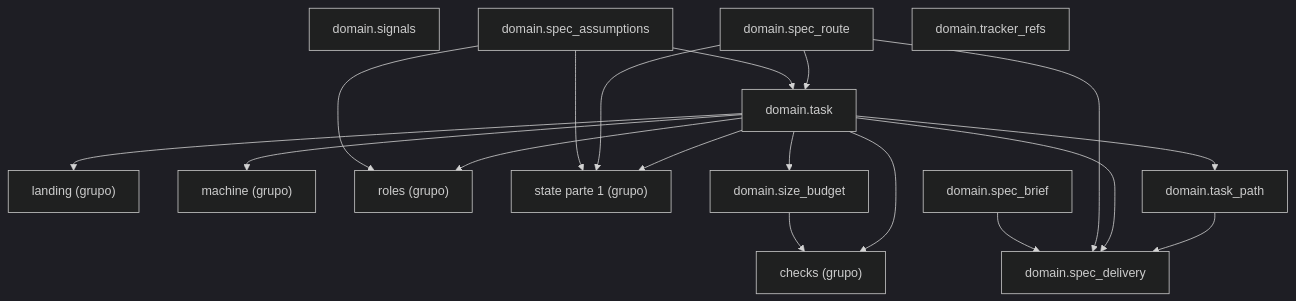
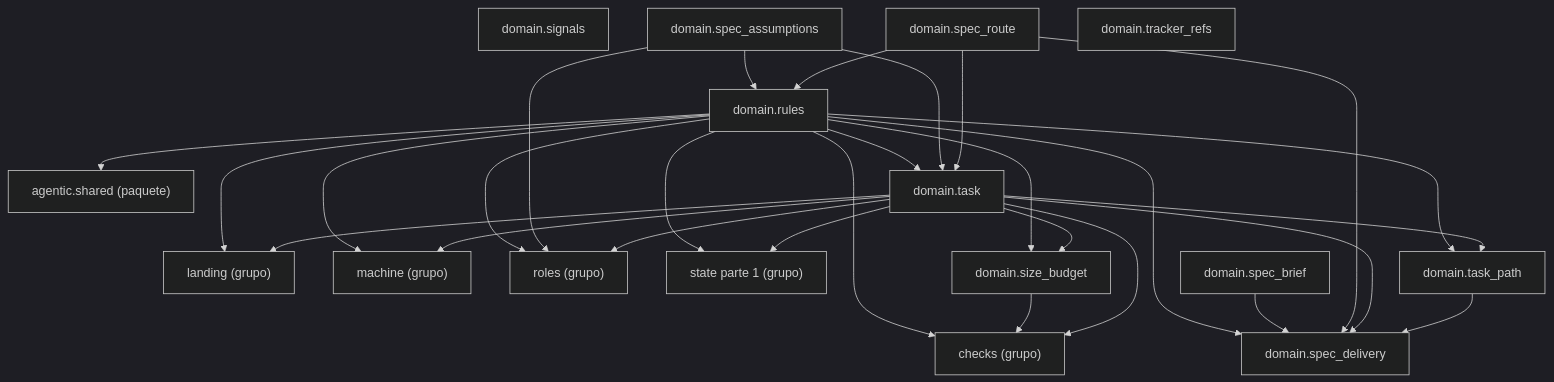
The diagram in docs/architecture/generated/packages-process-domain-state-2.md (GonzaloZevallos/agentic-system), drawn with Mermaid (dark theme) before and after one commit. The commit also changed 27 other files, not shown here.

First line of the commit message:
Regenerate the architecture docs over current master

````diff
--- a/docs/architecture/generated/packages-process-domain-state-2.md
+++ b/docs/architecture/generated/packages-process-domain-state-2.md
@@ -12,34 +12,46 @@
 ```mermaid
 graph TD
     g_domain__checks["checks (grupo)"]
     g_domain__landing["landing (grupo)"]
     g_domain__machine["machine (grupo)"]
     g_domain__roles["roles (grupo)"]
     g_domain__state__1["state parte 1 (grupo)"]
+    g_pkg__agentic__shared["agentic.shared (paquete)"]
+    m_domain__rules["domain.rules"]
     m_domain__signals["domain.signals"]
     m_domain__size_budget["domain.size_budget"]
     m_domain__spec_assumptions["domain.spec_assumptions"]
     m_domain__spec_brief["domain.spec_brief"]
     m_domain__spec_delivery["domain.spec_delivery"]
     m_domain__spec_route["domain.spec_route"]
     m_domain__task["domain.task"]
     m_domain__task_path["domain.task_path"]
     m_domain__tracker_refs["domain.tracker_refs"]
+    m_domain__rules --> g_domain__checks
+    m_domain__rules --> g_domain__landing
+    m_domain__rules --> g_domain__machine
+    m_domain__rules --> g_domain__roles
+    m_domain__rules --> g_domain__state__1
+    m_domain__rules --> g_pkg__agentic__shared
+    m_domain__rules --> m_domain__size_budget
+    m_domain__rules --> m_domain__spec_delivery
+    m_domain__rules --> m_domain__task
+    m_domain__rules --> m_domain__task_path
     m_domain__size_budget --> g_domain__checks
     m_domain__spec_assumptions --> g_domain__roles
-    m_domain__spec_assumptions --> g_domain__state__1
+    m_domain__spec_assumptions --> m_domain__rules
     m_domain__spec_assumptions --> m_domain__task
     m_domain__spec_brief --> m_domain__spec_delivery
-    m_domain__spec_route --> g_domain__state__1
+    m_domain__spec_route --> m_domain__rules
     m_domain__spec_route --> m_domain__spec_delivery
     m_domain__spec_route --> m_domain__task
     m_domain__task --> g_domain__checks
     m_domain__task --> g_domain__landing
     m_domain__task --> g_domain__machine
     m_domain__task --> g_domain__roles
     m_domain__task --> g_domain__state__1
     m_domain__task --> m_domain__size_budget
     m_domain__task --> m_domain__spec_delivery
     m_domain__task --> m_domain__task_path
     m_domain__task_path --> m_domain__spec_delivery
 ```
````
